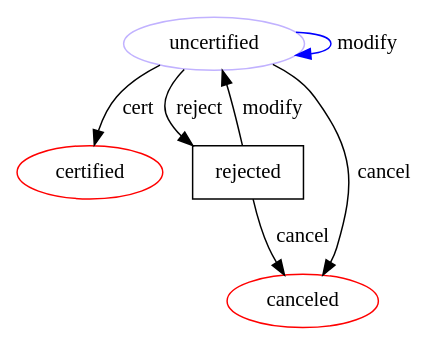
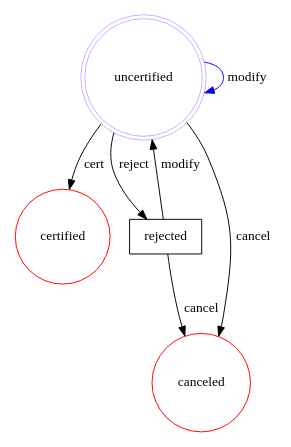
The diagram in README.md (clszzyh/flexflow), drawn with Graphviz before and after one commit. The commit also changed other lines of this file and 2 other files, not shown here.

````diff
--- a/README.md
+++ b/README.md
@@ -79,17 +79,17 @@
 ```dot
 // custom_mark10
 digraph verify {
   size = "4,4";
-  uncertified [label=uncertified,color=".7 .3 1.0"];
-  certified [label=certified,color=red];
+  uncertified [label=uncertified,shape=doublecircle,color=".7 .3 1.0"];
+  certified [label=certified,shape=circle,color=red];
   rejected [label=rejected,shape=box];
-  canceled [label=canceled,color=red];
+  canceled [label=canceled,shape=circle,color=red];
   uncertified -> certified [label=cert];
   uncertified -> uncertified [label=modify,color=blue];
   uncertified -> rejected [label=reject];
   uncertified -> canceled [label=cancel];
   rejected -> uncertified [label=modify];
   rejected -> canceled [label=cancel];
 }
 // custom_mark10
 ```
````
